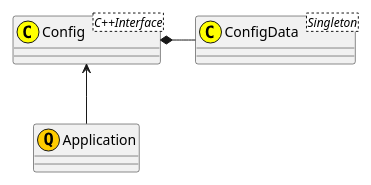
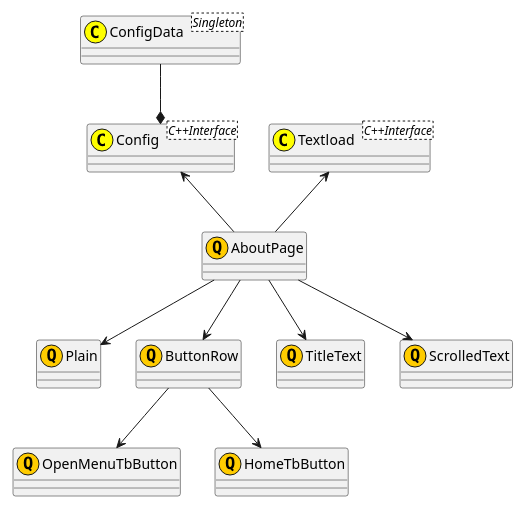
One commit to MARTIMM/HikingCompanion changed diagram 13 of 14 in Docs/Design.md. Above: the diagram before and after it, drawn with PlantUML. The commit also changed other lines of this file, not shown here.

````diff
--- a/Docs/Design.md
+++ b/Docs/Design.md
@@ -348,34 +352,32 @@
 ```plantuml
 scale 0.8
-'class "Singleton<ConfigData>" as ConfigData << (S,#FF7700) >>
+
 class "ConfigData<Singleton>" as ConfigData << (C,yellow) >>
-'class Config << (C,yellow) >>
 class "Config<C++Interface>" as Config << (C,yellow) >>
-'class GpxFiles << (C,yellow) >>
-'class GpxFile << (C,yellow) >>
 
-class "Application" as ap << (Q,#ffcc00) >>
-'class "MapPage" as mp << (Q,#ffcc00) >>
-'class "TracksPage" as tp << (Q,#ffcc00) >>
-'class "ConfigPage" as cp << (Q,#ffcc00) >>
+class Plain << (Q,#ffcc00) >>
+class "Textload<C++Interface>" as Textload << (C,yellow) >>
+class AboutPage << (Q,#ffcc00) >>
 
-'class call_once << (T,lightblue) >>
-'class Singleton << (T,lightblue) >>
+class ButtonRow << (Q,#ffcc00) >>
+class OpenMenuTbButton << (Q,#ffcc00) >>
+class HomeTbButton << (Q,#ffcc00) >>
+
+class TitleText << (Q,#ffcc00) >>
+class ScrolledText << (Q,#ffcc00) >>
 
 
-Config *- ConfigData
-'ConfigData *- GpxFiles
-'GpxFiles *- GpxFile
+Config <-- AboutPage
+ConfigData --* Config
 
-'call_once -- Singleton
-'Singleton -- ConfigData
+Textload <-- AboutPage
 
-Config <-- ap
-'ap --> mp
-'ap -> cp
-'ap --> tp
+AboutPage --> Plain
+AboutPage --> ButtonRow
+AboutPage --> TitleText
+AboutPage --> ScrolledText
 
-'cp -> Config
-'tp -> GpxFiles
-'tp --> mp
+ButtonRow --> OpenMenuTbButton
+ButtonRow --> HomeTbButton
+
 ```
````
